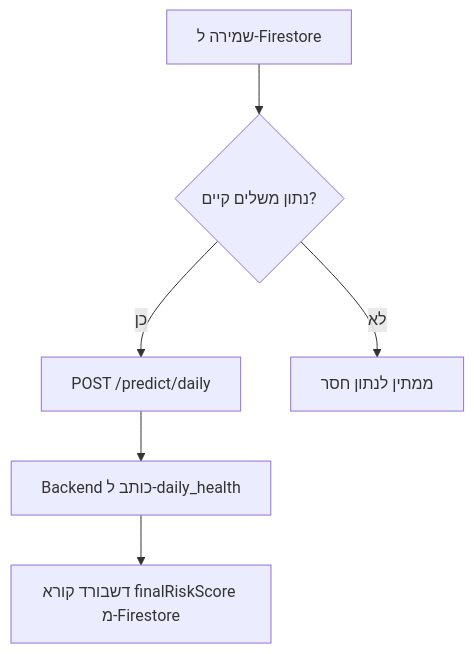
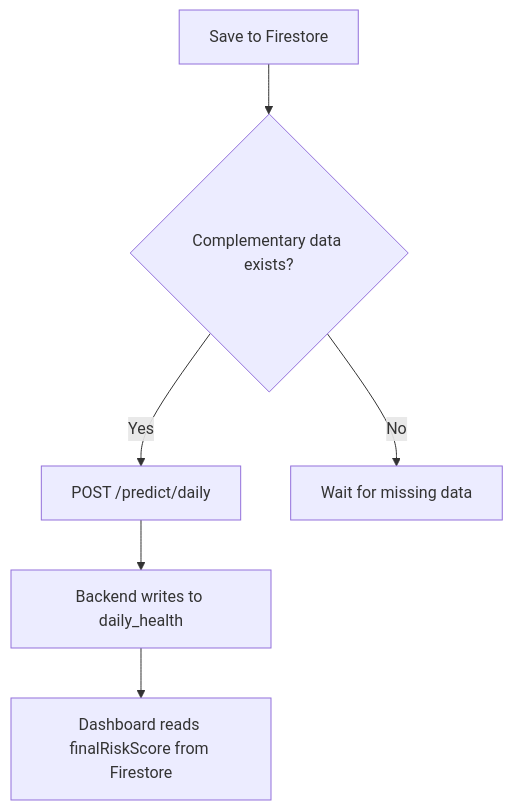
The first of 5 diagrams in docs/LLD_PROJECT.md (yahav97/final_project_AthleAgent), drawn with Mermaid before and after one commit. The commit also changed other lines of this file and 4 other files, not shown here.

````diff
--- a/docs/LLD_PROJECT.md
+++ b/docs/LLD_PROJECT.md
@@ -136,8 +136,8 @@
 ```mermaid
 flowchart TD
-    Save[שמירה ל-Firestore] --> Check{נתון משלים קיים?}
-    Check -->|כן| API[POST /predict/daily]
-    Check -->|לא| Wait[ממתין לנתון חסר]
-    API --> FS[Backend כותב ל-daily_health]
-    FS --> UI[דשבורד קורא finalRiskScore מ-Firestore]
+    Save[Save to Firestore] --> Check{Complementary data exists?}
+    Check -->|Yes| API[POST /predict/daily]
+    Check -->|No| Wait[Wait for missing data]
+    API --> FS[Backend writes to daily_health]
+    FS --> UI[Dashboard reads finalRiskScore from Firestore]
 ```
````
